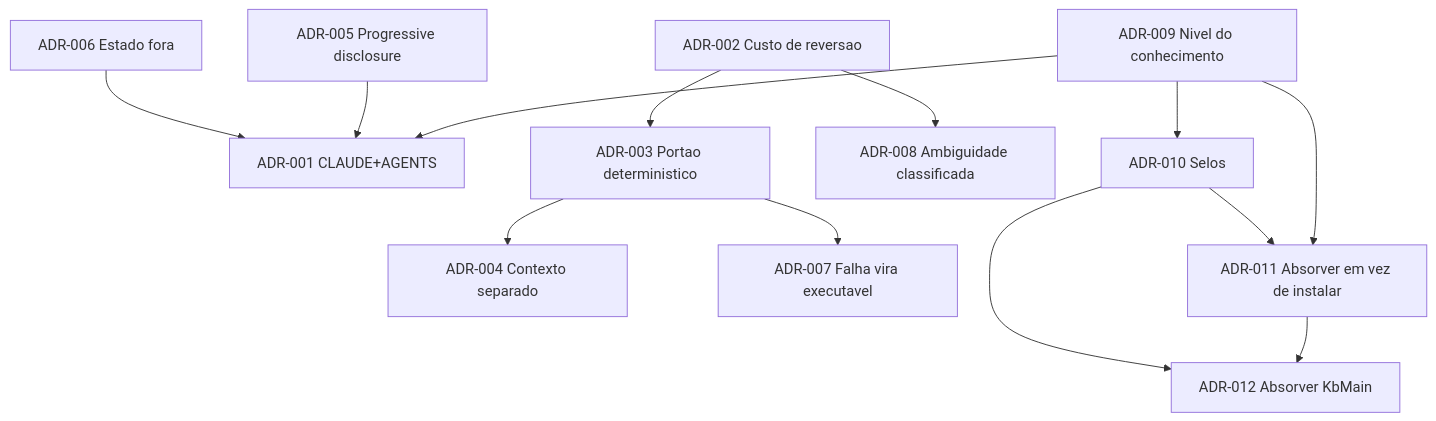
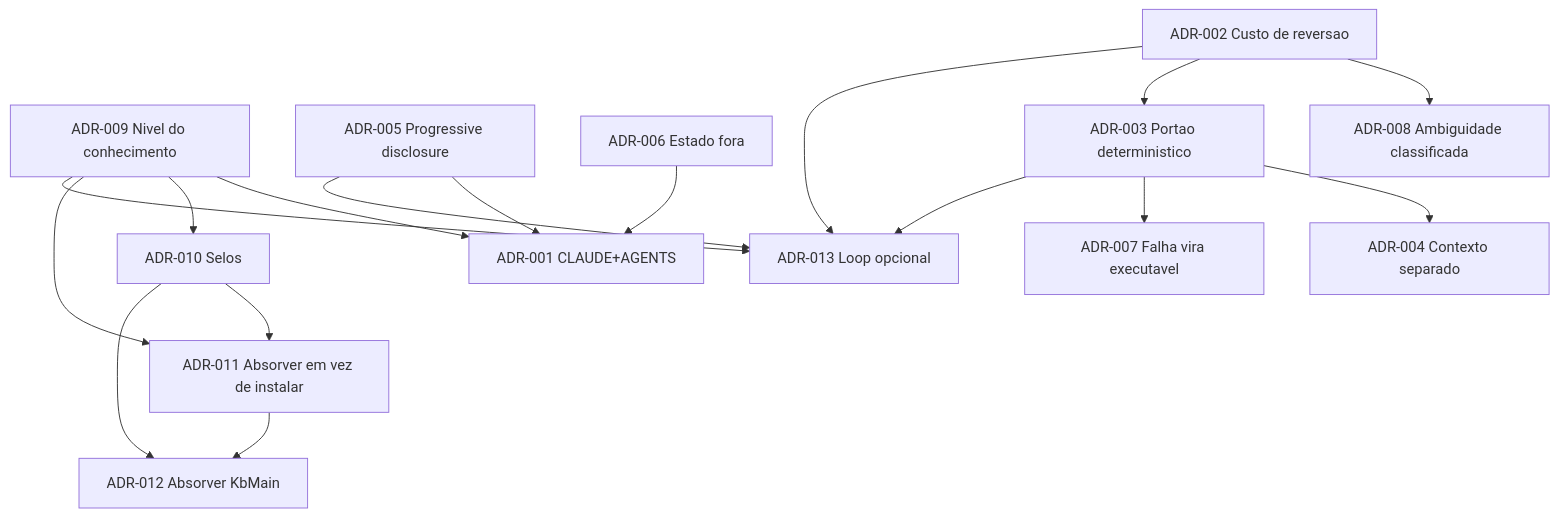
One commit to Brian5m1th/agent-foundation-kit changed the diagram in kb/11-adrs.md. Above: the diagram before and after it, drawn with Mermaid. The commit also changed other lines of this file and 53 other files, not shown here.

````diff
--- a/kb/11-adrs.md
+++ b/kb/11-adrs.md
@@ -324,15 +356,19 @@
 ```mermaid
 graph TD
     A9[ADR-009 Nivel do conhecimento] --> A1[ADR-001 CLAUDE+AGENTS]
     A9 --> A10[ADR-010 Selos]
     A5[ADR-005 Progressive disclosure] --> A1
     A6[ADR-006 Estado fora] --> A1
     A2[ADR-002 Custo de reversao] --> A8[ADR-008 Ambiguidade classificada]
     A3[ADR-003 Portao deterministico] --> A4[ADR-004 Contexto separado]
     A3 --> A7[ADR-007 Falha vira executavel]
     A2 --> A3
     A9 --> A11[ADR-011 Absorver em vez de instalar]
     A10 --> A11
     A11 --> A12[ADR-012 Absorver KbMain]
     A10 --> A12
+    A2 --> A13[ADR-013 Loop opcional]
+    A3 --> A13
+    A5 --> A13
+    A9 --> A13
 ```
````
